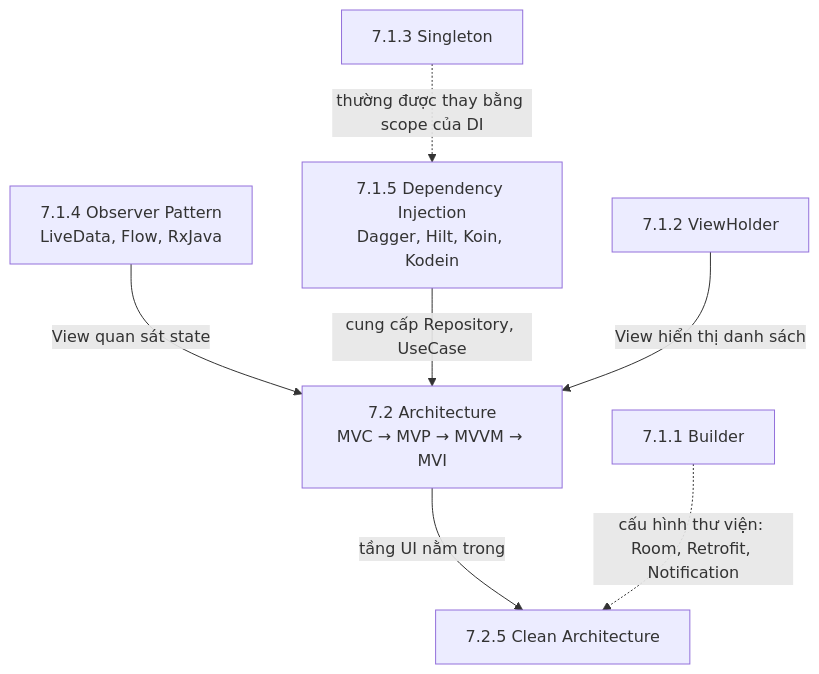
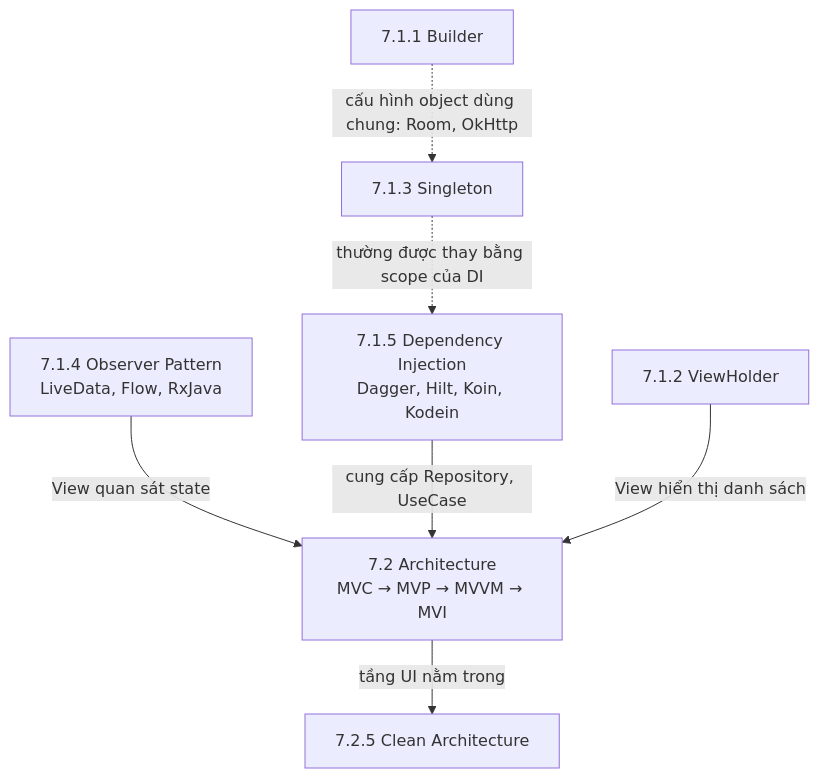
The second of 3 diagrams in knowledge/android/docs/session_07/index.md (h1eu/knowledge), drawn with Mermaid before and after one commit. The commit also changed other lines of this file and 19 other files, not shown here.

````diff
--- a/knowledge/android/docs/session_07/index.md
+++ b/knowledge/android/docs/session_07/index.md
@@ -82,9 +82,9 @@
 ```mermaid
 flowchart TB
     OBS[7.1.4 Observer Pattern<br/>LiveData, Flow, RxJava] -->|"View quan sát state"| ARCH
     DI[7.1.5 Dependency Injection<br/>Dagger, Hilt, Koin, Kodein] -->|"cung cấp Repository, UseCase"| ARCH
     SGL[7.1.3 Singleton] -.->|"thường được thay bằng scope của DI"| DI
     ARCH[7.2 Architecture<br/>MVC → MVP → MVVM → MVI] -->|"tầng UI nằm trong"| CLEAN[7.2.5 Clean Architecture]
     VH[7.1.2 ViewHolder] -->|"View hiển thị danh sách"| ARCH
-    BLD[7.1.1 Builder] -.->|"cấu hình thư viện: Room, Retrofit, Notification"| CLEAN
+    BLD[7.1.1 Builder] -.->|"cấu hình object dùng chung: Room, OkHttp"| SGL
 ```
````
